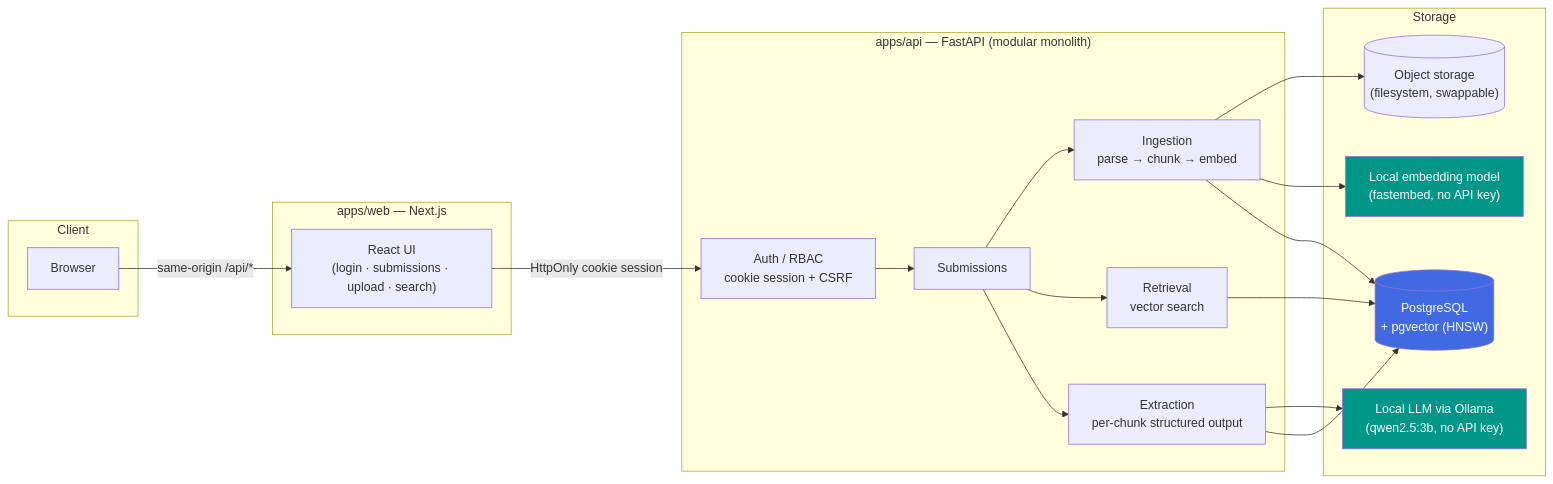
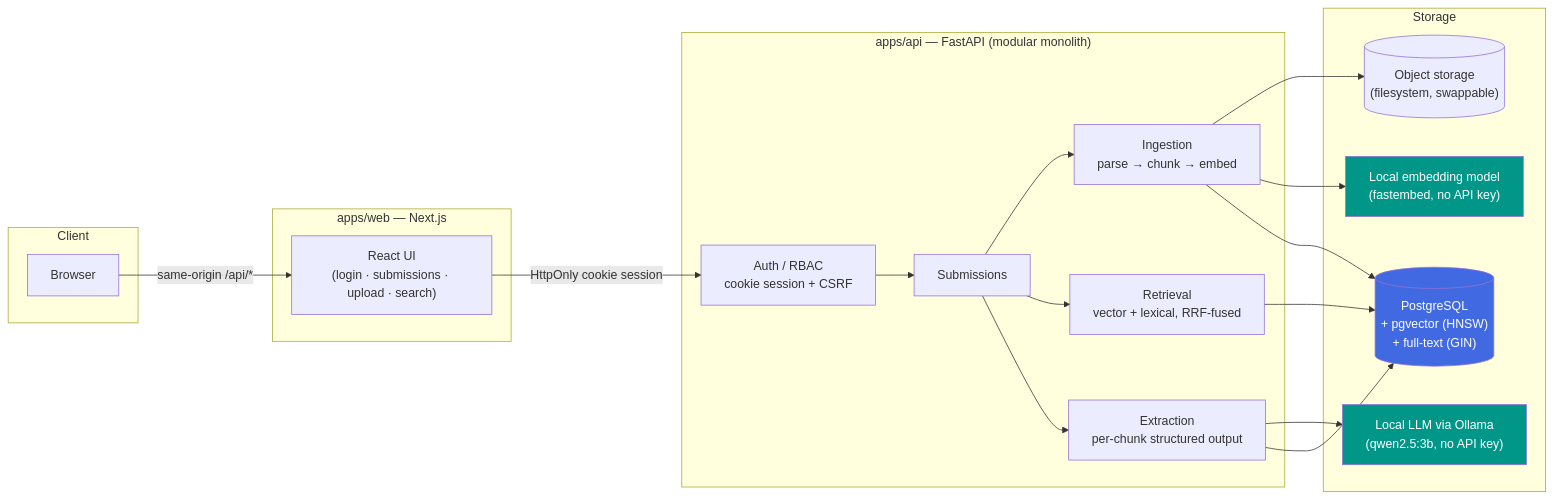
The diagram in README.md (ngcd04-fa07/enterprise-agent-platform), drawn with Mermaid before and after one commit. The commit also changed other lines of this file and 10 other files, not shown here.

````diff
--- a/README.md
+++ b/README.md
@@ -36,42 +36,42 @@
 ```mermaid
 flowchart LR
     subgraph Client
         Browser
     end
 
     subgraph "apps/web — Next.js"
         UI["React UI\n(login · submissions · upload · search)"]
     end
 
     subgraph "apps/api — FastAPI (modular monolith)"
         Auth["Auth / RBAC\ncookie session + CSRF"]
         Sub["Submissions"]
         Ing["Ingestion\nparse → chunk → embed"]
-        Ret["Retrieval\nvector search"]
+        Ret["Retrieval\nvector + lexical, RRF-fused"]
         Ext["Extraction\nper-chunk structured output"]
     end
 
     subgraph Storage
-        PG[("PostgreSQL\n+ pgvector (HNSW)")]
+        PG[("PostgreSQL\n+ pgvector (HNSW)\n+ full-text (GIN)")]
         FS[("Object storage\n(filesystem, swappable)")]
         EMB["Local embedding model\n(fastembed, no API key)"]
         LLM["Local LLM via Ollama\n(qwen2.5:3b, no API key)"]
     end
 
     Browser -->|"same-origin /api/*"| UI
     UI -->|HttpOnly cookie session| Auth
     Auth --> Sub
     Sub --> Ing
     Ing --> FS
     Ing --> EMB
     Ing --> PG
     Sub --> Ret
     Ret --> PG
     Sub --> Ext
     Ext --> LLM
     Ext --> PG
 
     style PG fill:#4169E1,color:#fff
     style EMB fill:#009688,color:#fff
     style LLM fill:#009688,color:#fff
 ```
````
